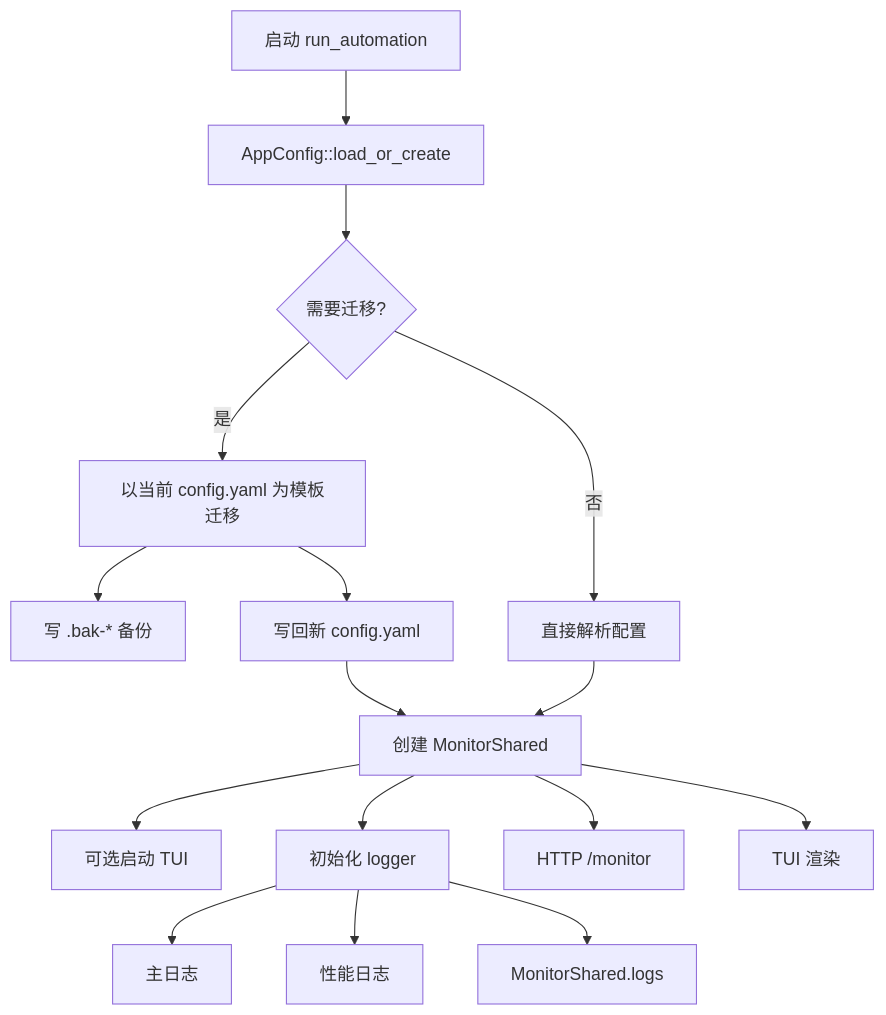
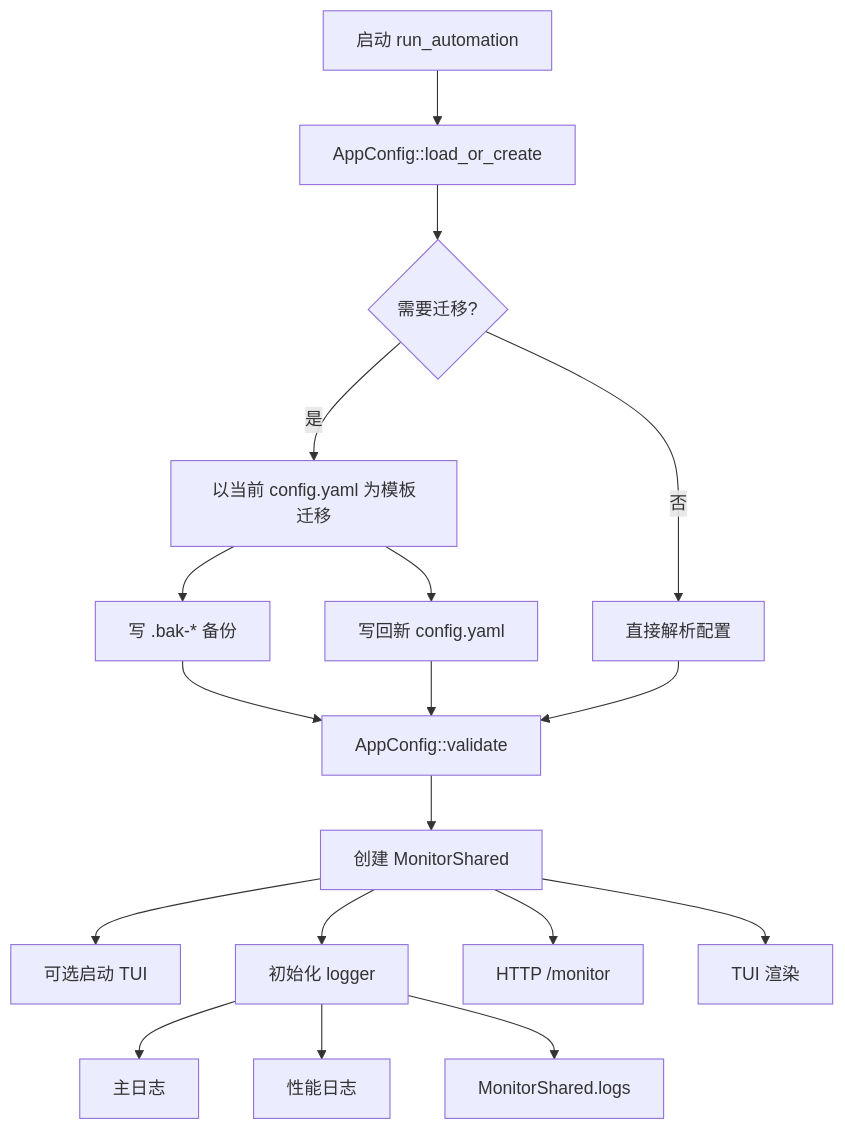
Before and after one commit to XingNian-www/Miliastra-Wonderland-Music: the diagram in docs/config-observability-flow.md, drawn with Mermaid. The commit also changed other lines of this file, not shown here.

Commit message:
docs: document startup config validation

````diff
--- a/docs/config-observability-flow.md
+++ b/docs/config-observability-flow.md
@@ -17,18 +17,20 @@
 ```mermaid
 flowchart TD
     A["启动 run_automation"] --> B["AppConfig::load_or_create"]
     B --> C{"需要迁移?"}
     C -->|是| D["以当前 config.yaml 为模板迁移"]
     D --> E["写 .bak-* 备份"]
     D --> F["写回新 config.yaml"]
     C -->|否| G["直接解析配置"]
-    F --> H["创建 MonitorShared"]
+    E --> H["AppConfig::validate"]
+    F --> H
     G --> H
-    H --> I["可选启动 TUI"]
-    H --> J["初始化 logger"]
-    J --> K["主日志"]
-    J --> L["性能日志"]
-    J --> M["MonitorShared.logs"]
-    H --> N["HTTP /monitor"]
-    H --> O["TUI 渲染"]
+    H --> I["创建 MonitorShared"]
+    I --> J["可选启动 TUI"]
+    I --> K["初始化 logger"]
+    K --> L["主日志"]
+    K --> M["性能日志"]
+    K --> N["MonitorShared.logs"]
+    I --> O["HTTP /monitor"]
+    I --> P["TUI 渲染"]
 ```
````
